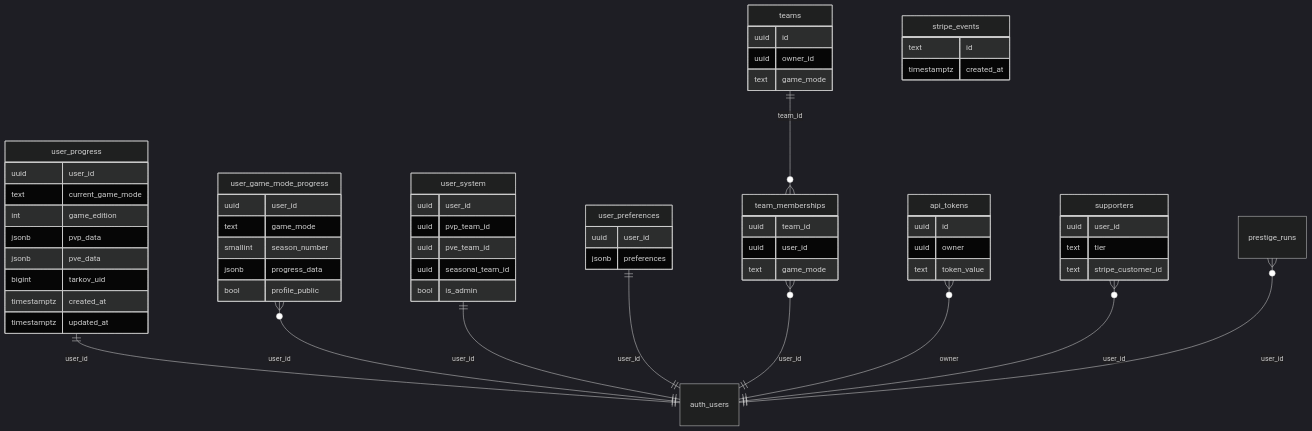
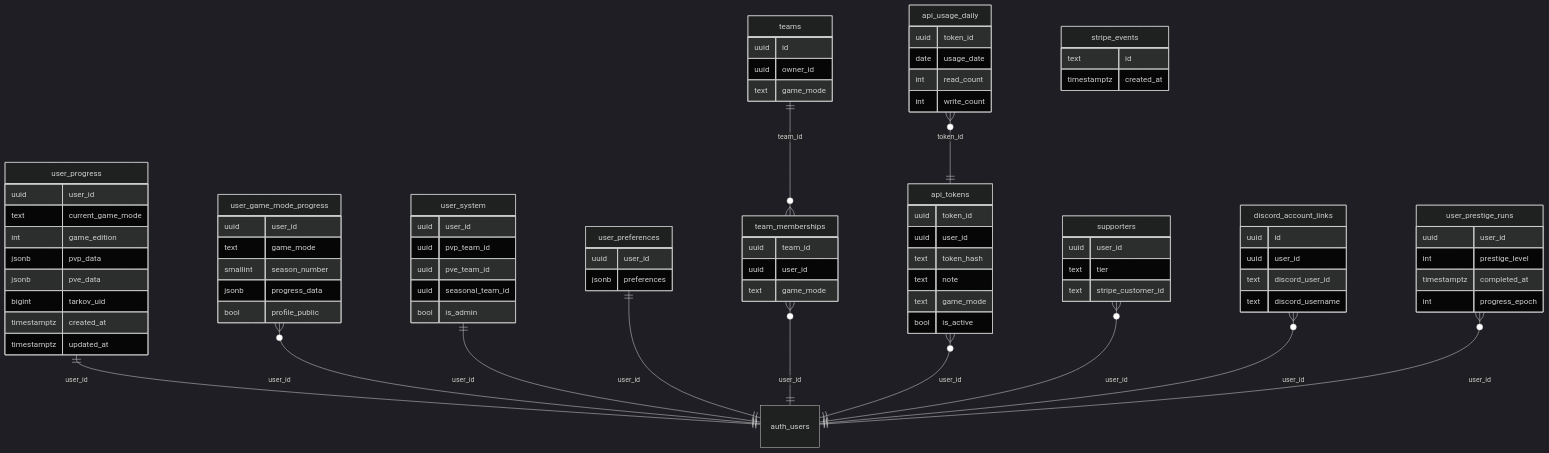
The third of 3 diagrams in docs/agent-context/summary/data_models.md (tarkovtracker-org/TarkovTracker), drawn with Mermaid (dark theme) before and after one commit. The commit also changed other lines of this file and 5 other files, not shown here.

```diff
--- a/docs/agent-context/summary/data_models.md
+++ b/docs/agent-context/summary/data_models.md
@@ -194,9 +194,11 @@
     user_preferences ||--|| auth_users : "user_id"
     teams ||--o{ team_memberships : "team_id"
     team_memberships }o--|| auth_users : "user_id"
-    api_tokens }o--|| auth_users : "owner"
+    api_tokens }o--|| auth_users : "user_id"
+    api_usage_daily }o--|| api_tokens : "token_id"
     supporters }o--|| auth_users : "user_id"
-    prestige_runs }o--|| auth_users : "user_id"
+    discord_account_links }o--|| auth_users : "user_id"
+    user_prestige_runs }o--|| auth_users : "user_id"
 
     user_progress {
         uuid user_id
@@ -237,15 +239,36 @@
         text game_mode
     }
     api_tokens {
-        uuid id
-        uuid owner
-        text token_value
+        uuid token_id
+        uuid user_id
+        text token_hash
+        text note
+        text game_mode
+        bool is_active
+    }
+    api_usage_daily {
+        uuid token_id
+        date usage_date
+        int read_count
+        int write_count
     }
     supporters {
         uuid user_id
         text tier
         text stripe_customer_id
     }
+    discord_account_links {
+        uuid id
+        uuid user_id
+        text discord_user_id
+        text discord_username
+    }
+    user_prestige_runs {
+        uuid user_id
+        int prestige_level
+        timestamptz completed_at
+        int progress_epoch
+    }
     stripe_events {
         text id
         timestamptz created_at
```
